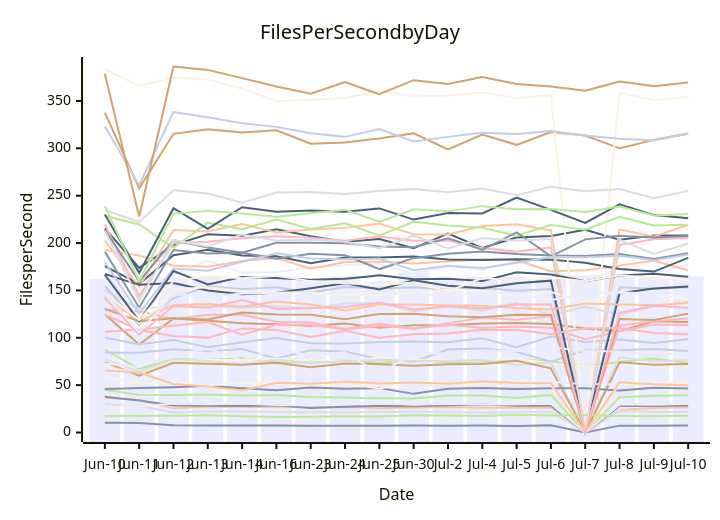
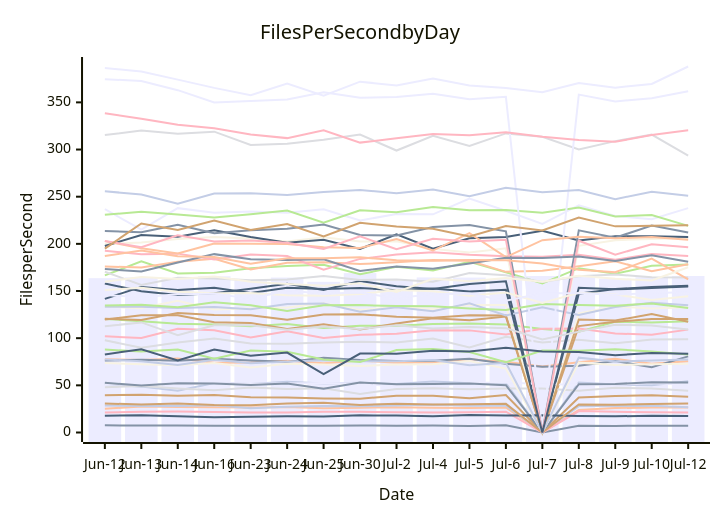
One commit to streetsidesoftware/cspell changed the diagram in perf-report.md. Above: the diagram before and after it, drawn with Mermaid. The commit also changed other lines of this file and 1 other file, not shown here.

````diff
--- a/perf-report.md
+++ b/perf-report.md
@@ -10,57 +10,57 @@
 ```mermaid
 xychart-beta
     title Files Per Second by Day
     y-axis Files per Second
-    x-axis Date [Jun-10, Jun-11, Jun-12, Jun-13, Jun-14, Jun-16, Jun-23, Jun-24, Jun-25, Jun-30, Jul-2, Jul-4, Jul-5, Jul-6, Jul-7, Jul-8, Jul-9, Jul-10]
-    bar [162.35, 108.94, 163.62, 164.52, 162.91, 165.65, 161.06, 164.28, 159.75, 168.95, 160.66, 164.38, 164.27, 162.48, 165.90, 164.83, 163.05, 164.68]
-    line [10.23, 10.15, 7.58, 7.35, 7.42, 7.28, 7.12, 7.22, 7.17, 7.37, 7.23, 7.36, 6.99, 7.61, 0.00, 7.24, 7.01, 7.27]
-    line [36.74, 34.61, 25.22, 27.49, 26.99, 26.84, 26.60, 26.95, 25.71, 26.35, 26.84, 26.11, 26.06, 26.52, 0.00, 23.76, 25.86, 26.61]
-    line [30.11, 28.55, 21.08, 22.04, 22.18, 21.66, 21.30, 21.15, 22.00, 21.90, 21.51, 21.13, 21.43, 22.00, 0.00, 22.72, 21.87, 21.57]
-    line [87.27, 67.23, 77.70, 76.81, 78.39, 74.00, 74.26, 76.13, 73.45, 76.23, 74.07, 74.35, 77.62, 75.07, 70.03, 74.46, 78.13, 73.01]
-    line [124.73, 92.95, 120.36, 118.07, 115.35, 114.38, 112.71, 115.12, 110.67, 113.20, 113.18, 115.07, 115.63, 114.45, 109.79, 106.87, 117.37, 116.66]
-    line [84.36, 84.11, 87.88, 85.81, 88.09, 78.16, 86.88, 85.49, 77.34, 74.76, 87.51, 88.59, 85.26, 74.62, 86.95, 86.80, 88.24, 86.00]
-    line [129.30, 127.90, 119.77, 124.29, 124.35, 117.01, 116.01, 109.65, 114.81, 109.29, 115.47, 121.09, 119.06, 122.86, 0.00, 112.77, 117.49, 120.30]
-    line [215.45, 173.74, 197.78, 209.33, 207.61, 214.45, 207.28, 201.26, 204.34, 194.65, 210.00, 194.85, 205.89, 207.36, 213.92, 203.52, 207.94, 208.03]
-    line [70.82, 61.30, 76.37, 77.13, 76.03, 78.06, 76.22, 74.88, 79.14, 76.99, 75.88, 76.09, 78.08, 72.78, 69.82, 70.79, 75.77, 69.10]
-    line [177.64, 118.63, 166.53, 181.43, 168.60, 169.42, 174.24, 176.57, 177.80, 167.68, 175.75, 171.75, 180.95, 169.97, 158.13, 174.21, 168.28, 176.77]
-    line [37.82, 33.71, 28.61, 28.16, 28.05, 28.76, 25.82, 27.29, 28.03, 27.82, 28.74, 29.48, 28.36, 28.34, 0.00, 27.98, 28.10, 28.43]
-    line [192.55, 186.93, 176.04, 174.92, 181.06, 184.11, 172.84, 180.05, 180.38, 178.52, 180.47, 182.90, 182.10, 170.31, 171.39, 176.15, 181.65, 170.98]
-    line [77.48, 64.05, 77.39, 75.61, 71.46, 77.16, 73.34, 75.14, 76.59, 75.51, 75.45, 76.79, 71.21, 73.99, 0.00, 79.33, 75.23, 76.27]
-    line [45.06, 39.72, 39.47, 40.00, 39.07, 39.70, 37.48, 36.99, 36.10, 35.86, 38.94, 38.99, 36.38, 39.71, 0.00, 37.09, 38.73, 39.43]
-    line [337.68, 257.72, 315.29, 320.05, 316.70, 318.97, 304.83, 306.07, 310.41, 315.81, 298.93, 314.56, 303.69, 317.11, 313.48, 300.01, 308.91, 315.76]
-    line [100.17, 93.09, 97.72, 89.92, 95.33, 99.63, 94.35, 94.02, 95.44, 96.15, 95.34, 99.55, 90.07, 101.41, 95.54, 98.21, 94.52, 98.50]
-    line [219.70, 143.90, 199.78, 201.47, 205.17, 207.22, 205.60, 202.43, 207.02, 202.54, 202.72, 194.67, 190.86, 195.33, 0.00, 197.97, 203.94, 205.22]
-    line [175.70, 156.70, 187.10, 192.94, 186.79, 186.02, 178.80, 184.67, 184.84, 185.79, 182.56, 182.17, 182.82, 182.50, 179.12, 172.62, 169.88, 184.28]
-    line [383.29, 365.99, 374.63, 372.72, 362.93, 349.94, 351.35, 353.13, 360.69, 354.83, 355.80, 359.03, 353.22, 355.88, 0.00, 358.26, 350.93, 354.34]
-    line [32.91, 27.58, 30.74, 29.76, 30.63, 29.07, 28.80, 30.64, 31.41, 29.25, 30.37, 29.62, 29.89, 30.35, 0.00, 29.68, 29.34, 30.24]
-    line [190.90, 131.77, 192.67, 189.08, 189.64, 183.39, 188.80, 187.17, 172.53, 184.06, 188.67, 191.18, 188.53, 186.82, 186.30, 188.38, 183.25, 189.14]
-    line [202.72, 153.79, 213.73, 212.23, 220.18, 211.27, 214.37, 216.02, 220.47, 209.37, 208.94, 217.94, 219.88, 213.33, 0.00, 214.36, 206.61, 219.33]
-    line [149.83, 130.69, 133.43, 133.31, 131.91, 133.18, 130.59, 136.24, 136.67, 127.99, 132.91, 128.52, 136.97, 123.97, 132.77, 124.67, 133.15, 137.66]
-    line [228.77, 219.57, 195.02, 221.53, 214.60, 224.77, 214.79, 220.92, 207.92, 222.39, 218.49, 216.06, 207.77, 218.95, 214.11, 227.80, 218.56, 219.23]
-    line [74.27, 59.93, 73.62, 72.46, 71.40, 73.58, 68.82, 72.77, 72.13, 70.38, 72.17, 72.40, 75.76, 67.72, 0.00, 74.05, 71.58, 72.37]
-    line [155.11, 113.07, 141.70, 154.36, 151.21, 153.33, 147.83, 153.51, 152.15, 153.26, 150.82, 152.56, 149.61, 151.37, 0.00, 153.34, 151.79, 153.10]
-    line [106.42, 108.66, 112.63, 116.73, 103.14, 113.74, 113.71, 108.86, 112.34, 109.73, 113.68, 110.37, 111.97, 110.64, 98.54, 106.95, 114.12, 113.53]
-    line [167.26, 155.87, 157.93, 149.82, 145.84, 147.63, 152.29, 157.67, 151.07, 160.69, 154.94, 152.23, 157.47, 160.32, 0.00, 147.14, 152.12, 154.25]
-    line [139.91, 110.07, 150.95, 153.45, 149.19, 147.76, 147.78, 145.47, 144.87, 146.87, 151.06, 149.73, 144.88, 148.36, 137.35, 148.23, 146.43, 140.41]
-    line [68.60, 63.88, 50.72, 51.41, 51.47, 52.39, 51.73, 51.82, 52.39, 52.00, 48.43, 49.22, 52.34, 53.26, 51.10, 50.86, 50.66, 52.36]
-    line [45.94, 46.92, 47.88, 49.42, 46.70, 44.72, 47.61, 46.18, 46.86, 40.79, 46.17, 47.03, 45.86, 46.70, 46.74, 44.23, 47.36, 46.58]
-    line [144.39, 117.16, 134.67, 135.55, 132.71, 138.18, 135.01, 128.78, 135.00, 135.05, 134.05, 133.73, 131.56, 129.78, 136.12, 135.18, 134.44, 136.88]
-    line [234.80, 222.16, 255.69, 252.37, 242.53, 253.26, 253.77, 251.67, 255.05, 257.07, 253.64, 257.67, 250.47, 259.54, 254.67, 257.07, 247.35, 255.25]
-    line [17.50, 17.71, 17.68, 18.34, 17.12, 16.25, 16.59, 17.11, 17.00, 18.16, 17.94, 17.30, 18.64, 18.07, 18.36, 17.45, 17.16, 17.77]
-    line [130.54, 117.59, 120.60, 119.36, 126.68, 124.68, 124.29, 119.55, 125.16, 125.39, 122.70, 121.73, 124.30, 123.97, 0.00, 119.80, 118.70, 125.49]
-    line [323.14, 261.07, 338.35, 332.69, 326.37, 322.64, 316.02, 312.10, 320.45, 307.34, 312.08, 316.35, 315.20, 318.22, 313.66, 310.11, 308.24, 315.35]
-    line [124.80, 107.83, 101.96, 100.16, 109.91, 108.33, 100.84, 107.27, 100.09, 103.62, 104.63, 108.43, 108.27, 103.96, 110.08, 110.20, 105.06, 103.60]
-    line [230.21, 168.52, 236.78, 215.01, 237.87, 232.93, 234.34, 233.01, 236.58, 224.78, 231.59, 231.28, 247.94, 235.03, 221.17, 240.95, 229.51, 226.18]
-    line [58.41, 51.82, 52.68, 49.85, 52.20, 51.85, 50.23, 51.87, 46.40, 53.06, 51.19, 51.40, 51.86, 50.10, 0.00, 51.21, 51.39, 53.37]
-    line [72.73, 68.90, 82.72, 88.26, 76.41, 88.08, 81.29, 84.76, 61.88, 83.73, 83.48, 86.69, 85.83, 89.91, 85.92, 85.41, 81.93, 84.31]
-    line [213.85, 159.52, 202.89, 195.38, 189.84, 200.33, 200.19, 199.73, 196.39, 195.67, 205.11, 192.90, 211.35, 185.93, 203.88, 207.58, 205.87, 207.35]
-    line [65.57, 63.26, 51.25, 48.63, 44.36, 52.41, 51.44, 53.68, 51.84, 52.69, 51.50, 53.98, 52.25, 52.09, 0.00, 53.03, 50.88, 50.01]
-    line [213.18, 139.00, 202.99, 196.51, 209.12, 202.60, 203.46, 201.26, 194.60, 207.89, 194.40, 205.29, 202.49, 204.26, 0.00, 203.31, 188.55, 199.47]
-    line [239.33, 159.65, 230.81, 234.11, 231.13, 227.87, 231.36, 235.26, 222.40, 235.59, 233.45, 238.97, 235.75, 235.89, 232.86, 238.48, 229.00, 230.57]
-    line [378.68, 227.98, 386.38, 382.81, 374.09, 365.35, 357.60, 370.08, 357.07, 371.96, 367.90, 375.27, 367.85, 365.20, 360.83, 370.59, 365.59, 369.56]
-    line [180.00, 125.49, 173.22, 170.75, 180.24, 189.10, 183.71, 182.95, 183.62, 171.28, 176.05, 173.54, 179.14, 185.15, 184.99, 186.71, 181.92, 187.82]
-    line [141.88, 103.59, 133.58, 131.67, 139.76, 130.35, 131.39, 132.60, 136.92, 129.95, 133.16, 130.87, 135.23, 135.13, 0.00, 126.22, 133.87, 131.35]
-    line [166.51, 117.60, 170.47, 156.38, 164.16, 163.15, 161.29, 162.24, 165.87, 161.72, 162.26, 159.82, 169.05, 166.75, 159.60, 165.64, 167.61, 164.48]
-    line [146.98, 118.64, 159.81, 164.92, 162.77, 165.48, 159.81, 157.56, 155.70, 158.25, 148.90, 163.02, 160.27, 163.84, 159.78, 166.09, 162.99, 161.12]
-    line [146.80, 105.67, 145.87, 143.36, 146.61, 147.23, 141.81, 150.65, 147.20, 148.34, 142.33, 146.88, 147.38, 139.67, 147.57, 147.61, 146.15, 148.02]
+    x-axis Date [Jun-12, Jun-13, Jun-14, Jun-16, Jun-23, Jun-24, Jun-25, Jun-30, Jul-2, Jul-4, Jul-5, Jul-6, Jul-7, Jul-8, Jul-9, Jul-10, Jul-12]
+    bar [163.62, 164.52, 162.91, 165.65, 161.06, 164.28, 159.75, 168.95, 160.66, 164.38, 164.27, 162.48, 165.90, 164.83, 163.05, 164.68, 165.92]
+    line [7.58, 7.35, 7.42, 7.28, 7.12, 7.22, 7.17, 7.37, 7.23, 7.36, 6.99, 7.61, 0.00, 7.24, 7.01, 7.27, 7.17]
+    line [77.70, 76.81, 78.39, 74.00, 74.26, 76.13, 73.45, 76.23, 74.07, 74.35, 77.62, 75.07, 70.03, 74.46, 78.13, 73.01, 75.59]
+    line [97.72, 89.92, 95.33, 99.63, 94.35, 94.02, 95.44, 96.15, 95.34, 99.55, 90.07, 101.41, 95.54, 98.21, 94.52, 98.50, 98.91]
+    line [120.36, 118.07, 115.35, 114.38, 112.71, 115.12, 110.67, 113.20, 113.18, 115.07, 115.63, 114.45, 109.79, 106.87, 117.37, 116.66, 118.07]
+    line [119.77, 124.29, 124.35, 117.01, 116.01, 109.65, 114.81, 109.29, 115.47, 121.09, 119.06, 122.86, 0.00, 112.77, 117.49, 120.30, 120.30]
+    line [51.25, 48.63, 44.36, 52.41, 51.44, 53.68, 51.84, 52.69, 51.50, 53.98, 52.25, 52.09, 0.00, 53.03, 50.88, 50.01, 54.26]
+    line [101.96, 100.16, 109.91, 108.33, 100.84, 107.27, 100.09, 103.62, 104.63, 108.43, 108.27, 103.96, 110.08, 110.20, 105.06, 103.60, 109.06]
+    line [157.93, 149.82, 145.84, 147.63, 152.29, 157.67, 151.07, 160.69, 154.94, 152.23, 157.47, 160.32, 0.00, 147.14, 152.12, 154.25, 155.59]
+    line [199.78, 201.47, 205.17, 207.22, 205.60, 202.43, 207.02, 202.54, 202.72, 194.67, 190.86, 195.33, 0.00, 197.97, 203.94, 205.22, 206.16]
+    line [50.72, 51.41, 51.47, 52.39, 51.73, 51.82, 52.39, 52.00, 48.43, 49.22, 52.34, 53.26, 51.10, 50.86, 50.66, 52.36, 50.39]
+    line [76.37, 77.13, 76.03, 78.06, 76.22, 74.88, 79.14, 76.99, 75.88, 76.09, 78.08, 72.78, 69.82, 70.79, 75.77, 69.10, 80.71]
+    line [25.22, 27.49, 26.99, 26.84, 26.60, 26.95, 25.71, 26.35, 26.84, 26.11, 26.06, 26.52, 0.00, 23.76, 25.86, 26.61, 26.46]
+    line [47.88, 49.42, 46.70, 44.72, 47.61, 46.18, 46.86, 40.79, 46.17, 47.03, 45.86, 46.70, 46.74, 44.23, 47.36, 46.58, 44.38]
+    line [166.53, 181.43, 168.60, 169.42, 174.24, 176.57, 177.80, 167.68, 175.75, 171.75, 180.95, 169.97, 158.13, 174.21, 168.28, 176.77, 178.10]
+    line [39.47, 40.00, 39.07, 39.70, 37.48, 36.99, 36.10, 35.86, 38.94, 38.99, 36.38, 39.71, 0.00, 37.09, 38.73, 39.43, 37.87]
+    line [28.61, 28.16, 28.05, 28.76, 25.82, 27.29, 28.03, 27.82, 28.74, 29.48, 28.36, 28.34, 0.00, 27.98, 28.10, 28.43, 26.64]
+    line [21.08, 22.04, 22.18, 21.66, 21.30, 21.15, 22.00, 21.90, 21.51, 21.13, 21.43, 22.00, 0.00, 22.72, 21.87, 21.57, 21.17]
+    line [197.78, 209.33, 207.61, 214.45, 207.28, 201.26, 204.34, 194.65, 210.00, 194.85, 205.89, 207.36, 213.92, 203.52, 207.94, 208.03, 207.30]
+    line [133.58, 131.67, 139.76, 130.35, 131.39, 132.60, 136.92, 129.95, 133.16, 130.87, 135.23, 135.13, 0.00, 126.22, 133.87, 131.35, 132.66]
+    line [236.78, 215.01, 237.87, 232.93, 234.34, 233.01, 236.58, 224.78, 231.59, 231.28, 247.94, 235.03, 221.17, 240.95, 229.51, 226.18, 237.89]
+    line [52.68, 49.85, 52.20, 51.85, 50.23, 51.87, 46.40, 53.06, 51.19, 51.40, 51.86, 50.10, 0.00, 51.21, 51.39, 53.37, 52.99]
+    line [176.04, 174.92, 181.06, 184.11, 172.84, 180.05, 180.38, 178.52, 180.47, 182.90, 182.10, 170.31, 171.39, 176.15, 181.65, 170.98, 178.48]
+    line [315.29, 320.05, 316.70, 318.97, 304.83, 306.07, 310.41, 315.81, 298.93, 314.56, 303.69, 317.11, 313.48, 300.01, 308.91, 315.76, 293.42]
+    line [230.81, 234.11, 231.13, 227.87, 231.36, 235.26, 222.40, 235.59, 233.45, 238.97, 235.75, 235.89, 232.86, 238.48, 229.00, 230.57, 219.03]
+    line [120.60, 119.36, 126.68, 124.68, 124.29, 119.55, 125.16, 125.39, 122.70, 121.73, 124.30, 123.97, 0.00, 119.80, 118.70, 125.49, 117.34]
+    line [133.43, 133.31, 131.91, 133.18, 130.59, 136.24, 136.67, 127.99, 132.91, 128.52, 136.97, 123.97, 132.77, 124.67, 133.15, 137.66, 134.85]
+    line [192.67, 189.08, 189.64, 183.39, 188.80, 187.17, 172.53, 184.06, 188.67, 191.18, 188.53, 186.82, 186.30, 188.38, 183.25, 189.14, 187.09]
+    line [17.68, 18.34, 17.12, 16.25, 16.59, 17.11, 17.00, 18.16, 17.94, 17.30, 18.64, 18.07, 18.36, 17.45, 17.16, 17.77, 17.40]
+    line [73.62, 72.46, 71.40, 73.58, 68.82, 72.77, 72.13, 70.38, 72.17, 72.40, 75.76, 67.72, 0.00, 74.05, 71.58, 72.37, 72.85]
+    line [374.63, 372.72, 362.93, 349.94, 351.35, 353.13, 360.69, 354.83, 355.80, 359.03, 353.22, 355.88, 0.00, 358.26, 350.93, 354.34, 361.68]
+    line [213.73, 212.23, 220.18, 211.27, 214.37, 216.02, 220.47, 209.37, 208.94, 217.94, 219.88, 213.33, 0.00, 214.36, 206.61, 219.33, 211.94]
+    line [202.89, 195.38, 189.84, 200.33, 200.19, 199.73, 196.39, 195.67, 205.11, 192.90, 211.35, 185.93, 203.88, 207.58, 205.87, 207.35, 204.23]
+    line [170.47, 156.38, 164.16, 163.15, 161.29, 162.24, 165.87, 161.72, 162.26, 159.82, 169.05, 166.75, 159.60, 165.64, 167.61, 164.48, 164.36]
+    line [134.67, 135.55, 132.71, 138.18, 135.01, 128.78, 135.00, 135.05, 134.05, 133.73, 131.56, 129.78, 136.12, 135.18, 134.44, 136.88, 131.92]
+    line [30.74, 29.76, 30.63, 29.07, 28.80, 30.64, 31.41, 29.25, 30.37, 29.62, 29.89, 30.35, 0.00, 29.68, 29.34, 30.24, 30.86]
+    line [77.39, 75.61, 71.46, 77.16, 73.34, 75.14, 76.59, 75.51, 75.45, 76.79, 71.21, 73.99, 0.00, 79.33, 75.23, 76.27, 77.50]
+    line [202.99, 196.51, 209.12, 202.60, 203.46, 201.26, 194.60, 207.89, 194.40, 205.29, 202.49, 204.26, 0.00, 203.31, 188.55, 199.47, 196.36]
+    line [141.70, 154.36, 151.21, 153.33, 147.83, 153.51, 152.15, 153.26, 150.82, 152.56, 149.61, 151.37, 0.00, 153.34, 151.79, 153.10, 154.75]
+    line [150.95, 153.45, 149.19, 147.76, 147.78, 145.47, 144.87, 146.87, 151.06, 149.73, 144.88, 148.36, 137.35, 148.23, 146.43, 140.41, 144.38]
+    line [386.38, 382.81, 374.09, 365.35, 357.60, 370.08, 357.07, 371.96, 367.90, 375.27, 367.85, 365.20, 360.83, 370.59, 365.59, 369.56, 388.03]
+    line [173.22, 170.75, 180.24, 189.10, 183.71, 182.95, 183.62, 171.28, 176.05, 173.54, 179.14, 185.15, 184.99, 186.71, 181.92, 187.82, 181.10]
+    line [187.10, 192.94, 186.79, 186.02, 178.80, 184.67, 184.84, 185.79, 182.56, 182.17, 182.82, 182.50, 179.12, 172.62, 169.88, 184.28, 162.45]
+    line [112.63, 116.73, 103.14, 113.74, 113.71, 108.86, 112.34, 109.73, 113.68, 110.37, 111.97, 110.64, 98.54, 106.95, 114.12, 113.53, 109.31]
+    line [87.88, 85.81, 88.09, 78.16, 86.88, 85.49, 77.34, 74.76, 87.51, 88.59, 85.26, 74.62, 86.95, 86.80, 88.24, 86.00, 82.61]
+    line [195.02, 221.53, 214.60, 224.77, 214.79, 220.92, 207.92, 222.39, 218.49, 216.06, 207.77, 218.95, 214.11, 227.80, 218.56, 219.23, 219.71]
+    line [255.69, 252.37, 242.53, 253.26, 253.77, 251.67, 255.05, 257.07, 253.64, 257.67, 250.47, 259.54, 254.67, 257.07, 247.35, 255.25, 250.92]
+    line [338.35, 332.69, 326.37, 322.64, 316.02, 312.10, 320.45, 307.34, 312.08, 316.35, 315.20, 318.22, 313.66, 310.11, 308.24, 315.35, 320.32]
+    line [82.72, 88.26, 76.41, 88.08, 81.29, 84.76, 61.88, 83.73, 83.48, 86.69, 85.83, 89.91, 85.92, 85.41, 81.93, 84.31, 83.45]
+    line [159.81, 164.92, 162.77, 165.48, 159.81, 157.56, 155.70, 158.25, 148.90, 163.02, 160.27, 163.84, 159.78, 166.09, 162.99, 161.12, 175.24]
+    line [145.87, 143.36, 146.61, 147.23, 141.81, 150.65, 147.20, 148.34, 142.33, 146.88, 147.38, 139.67, 147.57, 147.61, 146.15, 148.02, 148.64]
 ```
````
